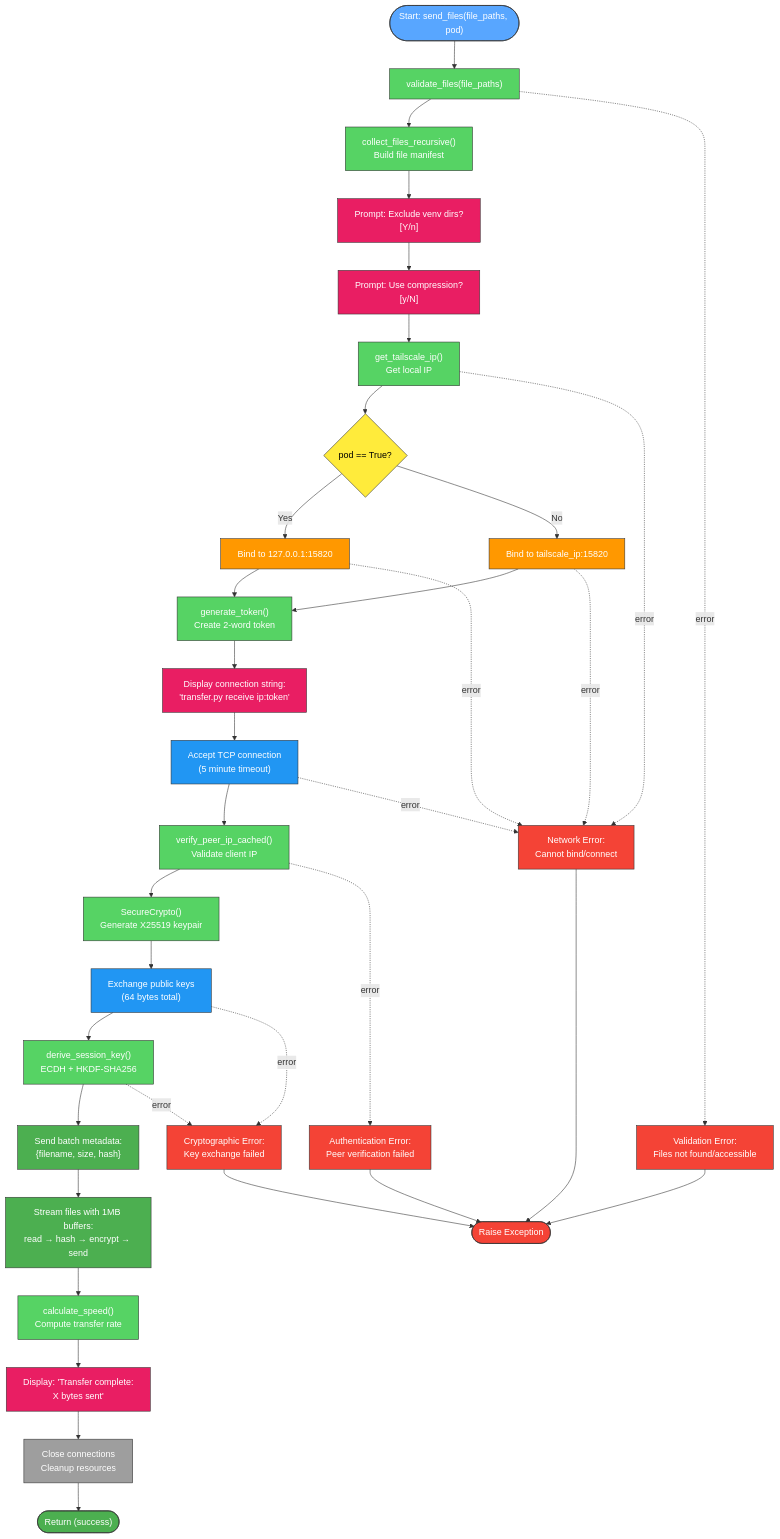
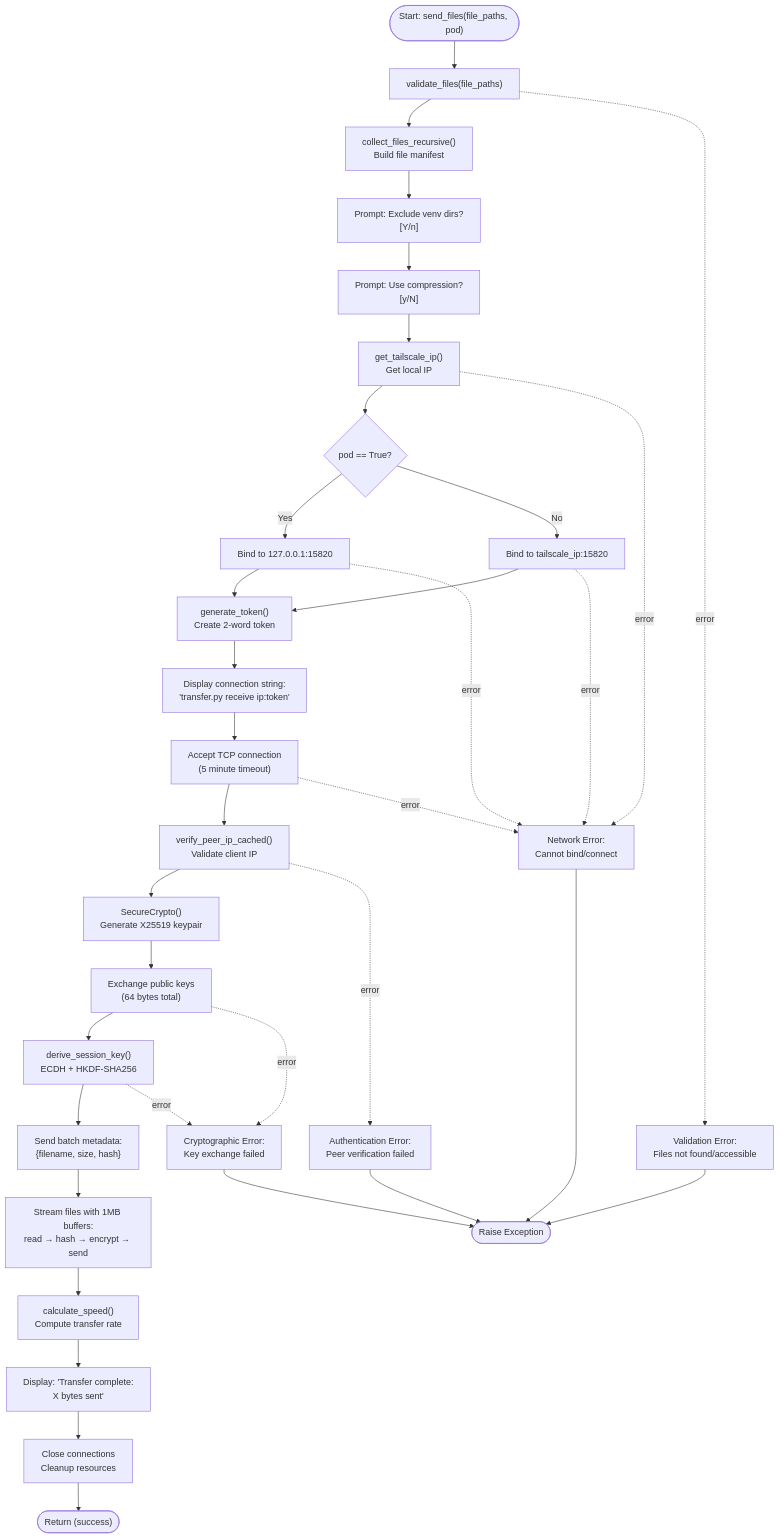
Before and after one commit to proudsunburn/ftransfer: the second of 2 diagrams in docs/send_files.md, drawn with Mermaid. The commit also changed other lines of this file and 23 other files, not shown here.

Commit message:
MINOR: Remove colors from mermaid for easy light/dark mode switching

````diff
--- a/docs/send_files.md
+++ b/docs/send_files.md
@@ -63,41 +59,41 @@
 ```mermaid
 graph TD
-    start(["Start: send_files(file_paths, pod)"]):::blue
+    start(["Start: send_files(file_paths, pod)"])
 
-    validate_input["validate_files(file_paths)"]:::green
-    collect_files["collect_files_recursive()<br/>Build file manifest"]:::green
+    validate_input["validate_files(file_paths)"]
+    collect_files["collect_files_recursive()<br/>Build file manifest"]
 
-    venv_prompt["Prompt: Exclude venv dirs?<br/>[Y/n]"]:::pink
-    compression_prompt["Prompt: Use compression?<br/>[y/N]"]:::pink
+    venv_prompt["Prompt: Exclude venv dirs?<br/>[Y/n]"]
+    compression_prompt["Prompt: Use compression?<br/>[y/N]"]
 
-    get_ip["get_tailscale_ip()<br/>Get local IP"]:::green
-    bind_check{"pod == True?"}:::yellow
-    bind_localhost["Bind to 127.0.0.1:15820"]:::orange
-    bind_tailscale["Bind to tailscale_ip:15820"]:::orange
+    get_ip["get_tailscale_ip()<br/>Get local IP"]
+    bind_check{"pod == True?"}
+    bind_localhost["Bind to 127.0.0.1:15820"]
+    bind_tailscale["Bind to tailscale_ip:15820"]
 
-    generate_auth["generate_token()<br/>Create 2-word token"]:::green
-    display_token["Display connection string:<br/>'transfer.py receive ip:token'"]:::pink
+    generate_auth["generate_token()<br/>Create 2-word token"]
+    display_token["Display connection string:<br/>'transfer.py receive ip:token'"]
 
-    wait_conn["Accept TCP connection<br/>(5 minute timeout)"]:::lightblue
-    verify_peer["verify_peer_ip_cached()<br/>Validate client IP"]:::green
+    wait_conn["Accept TCP connection<br/>(5 minute timeout)"]
+    verify_peer["verify_peer_ip_cached()<br/>Validate client IP"]
 
-    crypto_init["SecureCrypto()<br/>Generate X25519 keypair"]:::green
-    exchange_keys["Exchange public keys<br/>(64 bytes total)"]:::lightblue
-    derive_key["derive_session_key()<br/>ECDH + HKDF-SHA256"]:::green
+    crypto_init["SecureCrypto()<br/>Generate X25519 keypair"]
+    exchange_keys["Exchange public keys<br/>(64 bytes total)"]
+    derive_key["derive_session_key()<br/>ECDH + HKDF-SHA256"]
 
-    send_metadata["Send batch metadata:<br/>{filename, size, hash}"]:::success
-    stream_files["Stream files with 1MB buffers:<br/>read → hash → encrypt → send"]:::success
+    send_metadata["Send batch metadata:<br/>{filename, size, hash}"]
+    stream_files["Stream files with 1MB buffers:<br/>read → hash → encrypt → send"]
 
-    calc_speed["calculate_speed()<br/>Compute transfer rate"]:::green
-    show_result["Display: 'Transfer complete:<br/>X bytes sent'"]:::pink
-    cleanup["Close connections<br/>Cleanup resources"]:::gray
-    end_success(["Return (success)"]):::success
+    calc_speed["calculate_speed()<br/>Compute transfer rate"]
+    show_result["Display: 'Transfer complete:<br/>X bytes sent'"]
+    cleanup["Close connections<br/>Cleanup resources"]
+    end_success(["Return (success)"])
 
-    error_validation["Validation Error:<br/>Files not found/accessible"]:::error
-    error_network["Network Error:<br/>Cannot bind/connect"]:::error
-    error_auth["Authentication Error:<br/>Peer verification failed"]:::error
-    error_crypto["Cryptographic Error:<br/>Key exchange failed"]:::error
-    end_error(["Raise Exception"]):::error
+    error_validation["Validation Error:<br/>Files not found/accessible"]
+    error_network["Network Error:<br/>Cannot bind/connect"]
+    error_auth["Authentication Error:<br/>Peer verification failed"]
+    error_crypto["Cryptographic Error:<br/>Key exchange failed"]
+    end_error(["Raise Exception"])
 
     start --> validate_input
     validate_input --> collect_files
@@ -135,14 +131,4 @@
     error_network --> end_error
     error_auth --> end_error
     error_crypto --> end_error
-
-    classDef blue fill:#58a6ff,stroke:#333,color:#fff
-    classDef green fill:#56d364,stroke:#333,color:#fff
-    classDef pink fill:#e91e63,stroke:#333,color:#fff
-    classDef yellow fill:#ffeb3b,stroke:#333,color:#000
-    classDef orange fill:#ff9800,stroke:#333,color:#fff
-    classDef lightblue fill:#2196f3,stroke:#333,color:#fff
-    classDef success fill:#4caf50,stroke:#333,color:#fff
-    classDef gray fill:#9e9e9e,stroke:#333,color:#fff
-    classDef error fill:#f44336,stroke:#333,color:#fff
 ```
````
